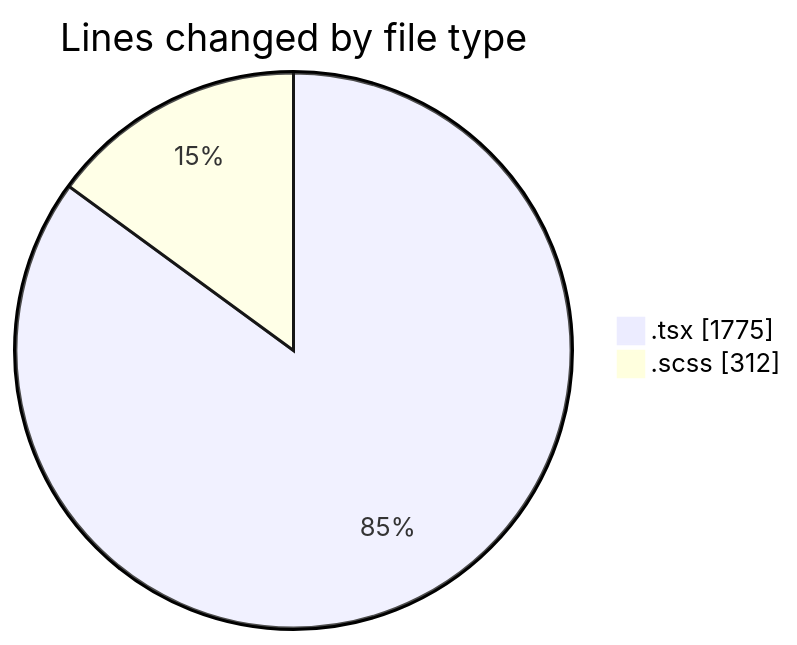
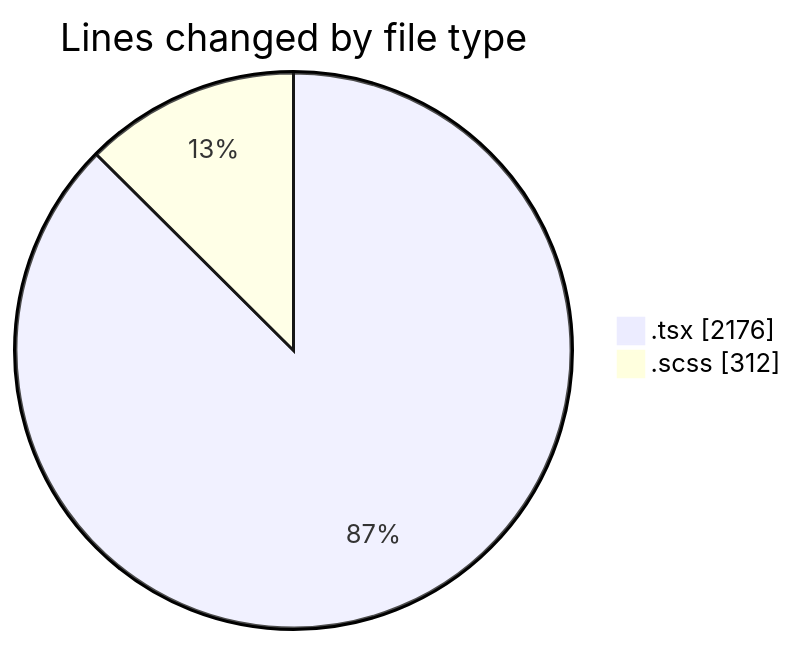
The first of 2 diagrams in 2025-09-30/cda/README.md (momahboobian/code-tracking), drawn with Mermaid before and after one commit. The commit also changed other lines of this file and 1 other file, not shown here.

````diff
--- a/2025-09-30/cda/README.md
+++ b/2025-09-30/cda/README.md
@@ -23,6 +23,6 @@
 ```mermaid
 pie showData
 title Lines changed by file type
-".tsx" : 1775
+".tsx" : 2176
 ".scss" : 312
 ```
````
